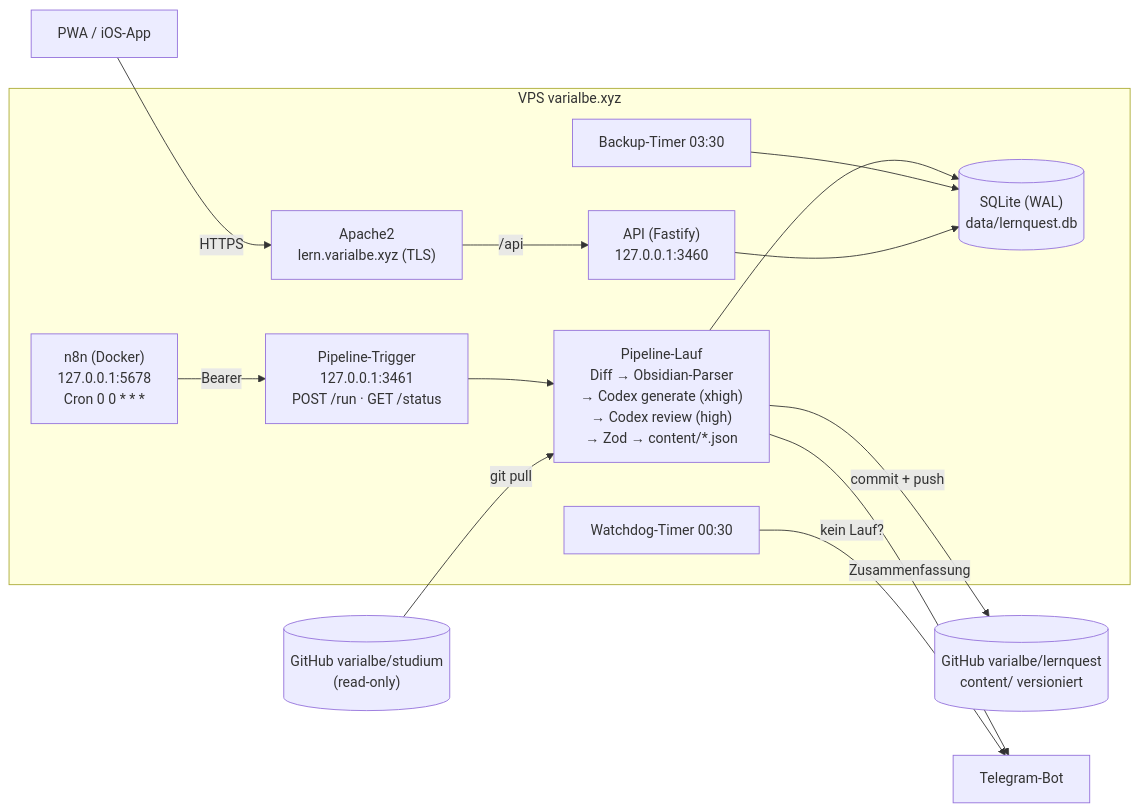
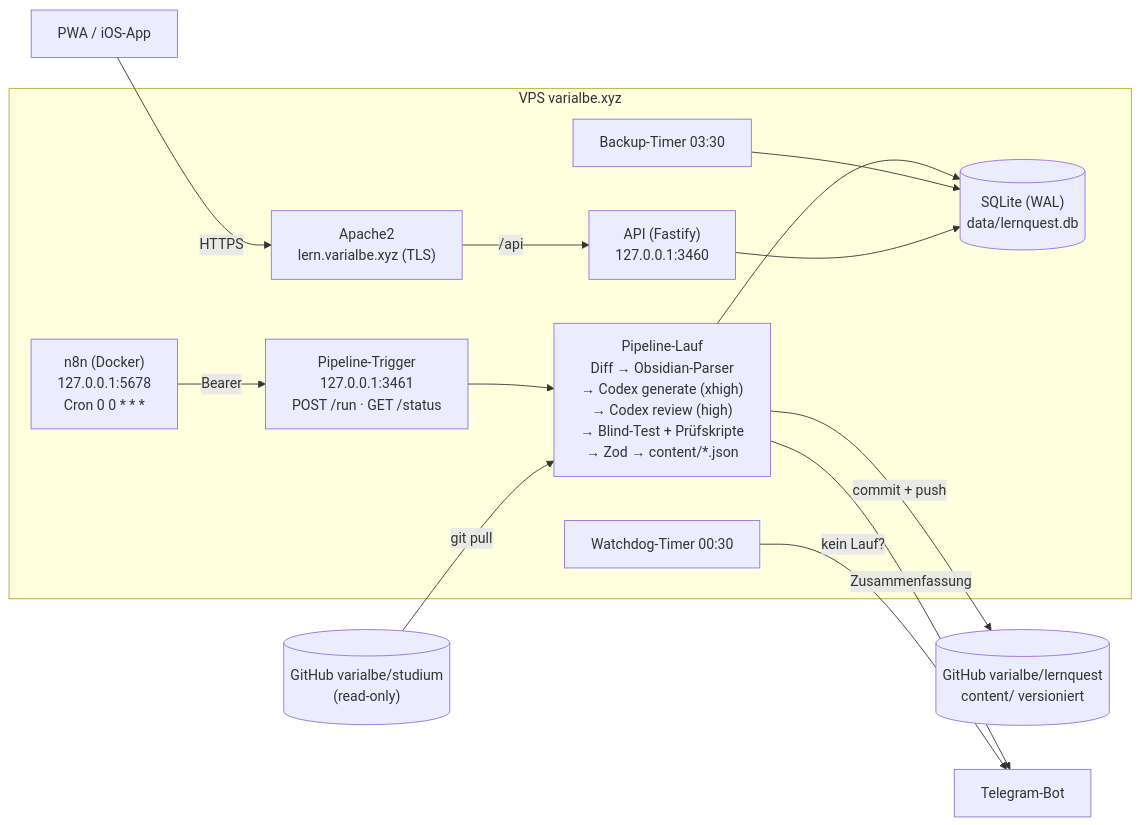
One commit to varialbe/lernquest changed the diagram in README.md. Above: the diagram before and after it, drawn with Mermaid. The commit also changed other lines of this file, not shown here.

````diff
--- a/README.md
+++ b/README.md
@@ -9,27 +9,27 @@
 ```mermaid
 flowchart LR
   subgraph VPS["VPS varialbe.xyz"]
     n8n["n8n (Docker)<br/>127.0.0.1:5678<br/>Cron 0 0 * * *"]
     trig["Pipeline-Trigger<br/>127.0.0.1:3461<br/>POST /run · GET /status"]
-    pipe["Pipeline-Lauf<br/>Diff → Obsidian-Parser<br/>→ Codex generate (xhigh)<br/>→ Codex review (high)<br/>→ Zod → content/*.json"]
+    pipe["Pipeline-Lauf<br/>Diff → Obsidian-Parser<br/>→ Codex generate (xhigh)<br/>→ Codex review (high)<br/>→ Blind-Test + Prüfskripte<br/>→ Zod → content/*.json"]
     db[("SQLite (WAL)<br/>data/lernquest.db")]
     api["API (Fastify)<br/>127.0.0.1:3460"]
     apache["Apache2<br/>lern.varialbe.xyz (TLS)"]
     wd["Watchdog-Timer 00:30"]
     bk["Backup-Timer 03:30"]
   end
   studium[("GitHub varialbe/studium<br/>(read-only)")]
   repo[("GitHub varialbe/lernquest<br/>content/ versioniert")]
   tg["Telegram-Bot"]
   pwa["PWA / iOS-App"]
 
   n8n -->|Bearer| trig --> pipe
   studium -->|git pull| pipe
   pipe -->|commit + push| repo
   pipe --> db
   pipe -->|Zusammenfassung| tg
   wd -->|kein Lauf?| tg
   bk --> db
   api --> db
   pwa -->|HTTPS| apache -->|/api| api
 ```
````
